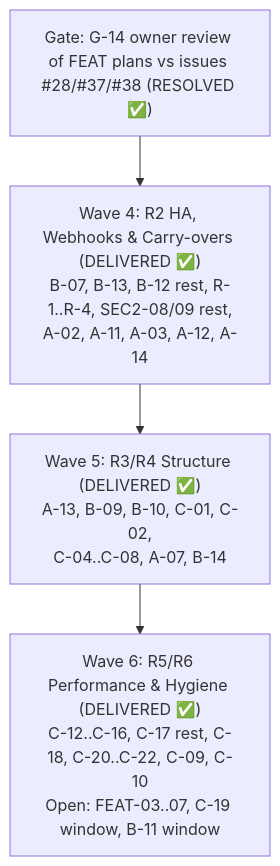
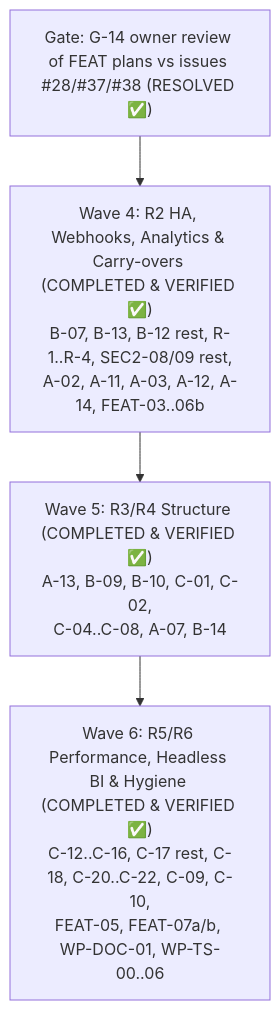
The diagram in docs/plans/implementation/00-implementation-roadmap.md (themulle/autheris), drawn with Mermaid before and after one commit. The commit also changed other lines of this file and 28 other files, not shown here.

````diff
--- a/docs/plans/implementation/00-implementation-roadmap.md
+++ b/docs/plans/implementation/00-implementation-roadmap.md
@@ -67,9 +67,9 @@
 ```mermaid
 flowchart TD
     G14["Gate: G-14 owner review of FEAT plans vs issues #28/#37/#38 (RESOLVED ✅)"]
-    W4["Wave 4: R2 HA, Webhooks & Carry-overs (DELIVERED ✅)<br/>B-07, B-13, B-12 rest, R-1..R-4, SEC2-08/09 rest,<br/>A-02, A-11, A-03, A-12, A-14"]
-    W5["Wave 5: R3/R4 Structure (DELIVERED ✅)<br/>A-13, B-09, B-10, C-01, C-02,<br/>C-04..C-08, A-07, B-14"]
-    W6["Wave 6: R5/R6 Performance & Hygiene (DELIVERED ✅)<br/>C-12..C-16, C-17 rest, C-18, C-20..C-22, C-09, C-10<br/>Open: FEAT-03..07, C-19 window, B-11 window"]
+    W4["Wave 4: R2 HA, Webhooks, Analytics & Carry-overs (COMPLETED & VERIFIED ✅)<br/>B-07, B-13, B-12 rest, R-1..R-4, SEC2-08/09 rest,<br/>A-02, A-11, A-03, A-12, A-14, FEAT-03..06b"]
+    W5["Wave 5: R3/R4 Structure (COMPLETED & VERIFIED ✅)<br/>A-13, B-09, B-10, C-01, C-02,<br/>C-04..C-08, A-07, B-14"]
+    W6["Wave 6: R5/R6 Performance, Headless BI & Hygiene (COMPLETED & VERIFIED ✅)<br/>C-12..C-16, C-17 rest, C-18, C-20..C-22, C-09, C-10,<br/>FEAT-05, FEAT-07a/b, WP-DOC-01, WP-TS-00..06"]
 
     G14 --> W4 --> W5 --> W6
 ```
````
